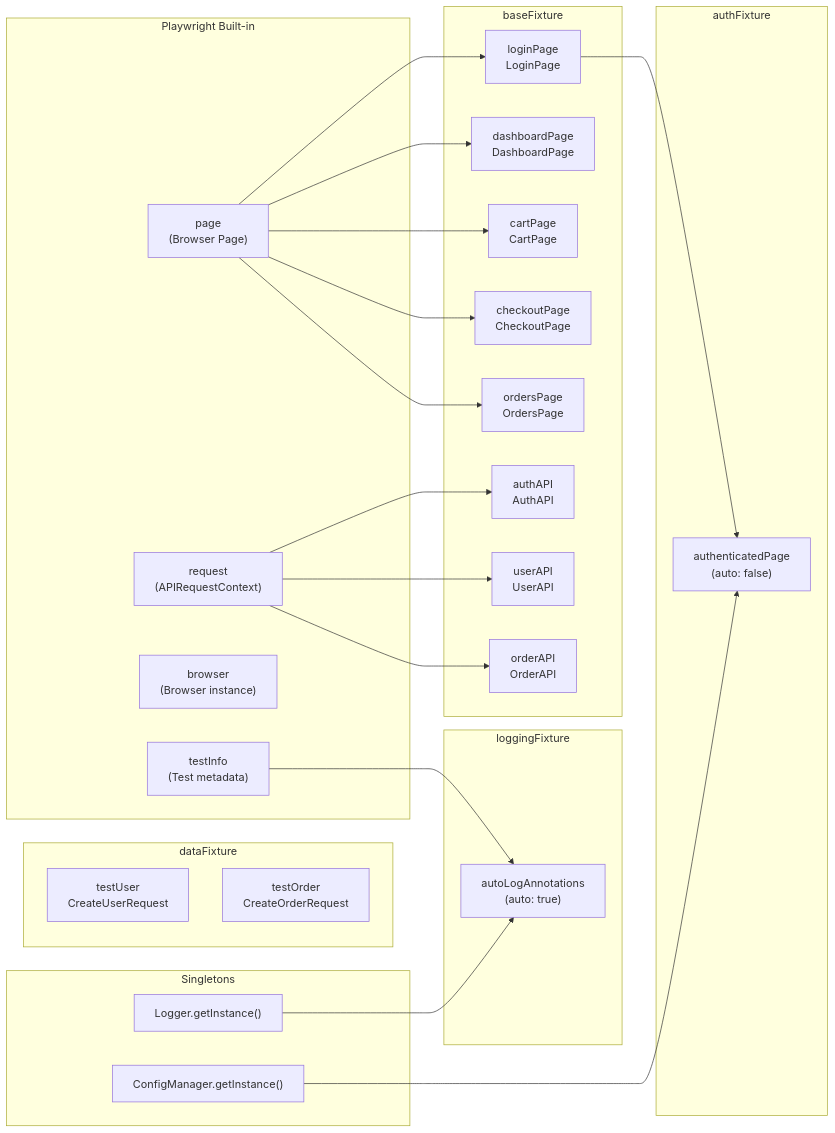
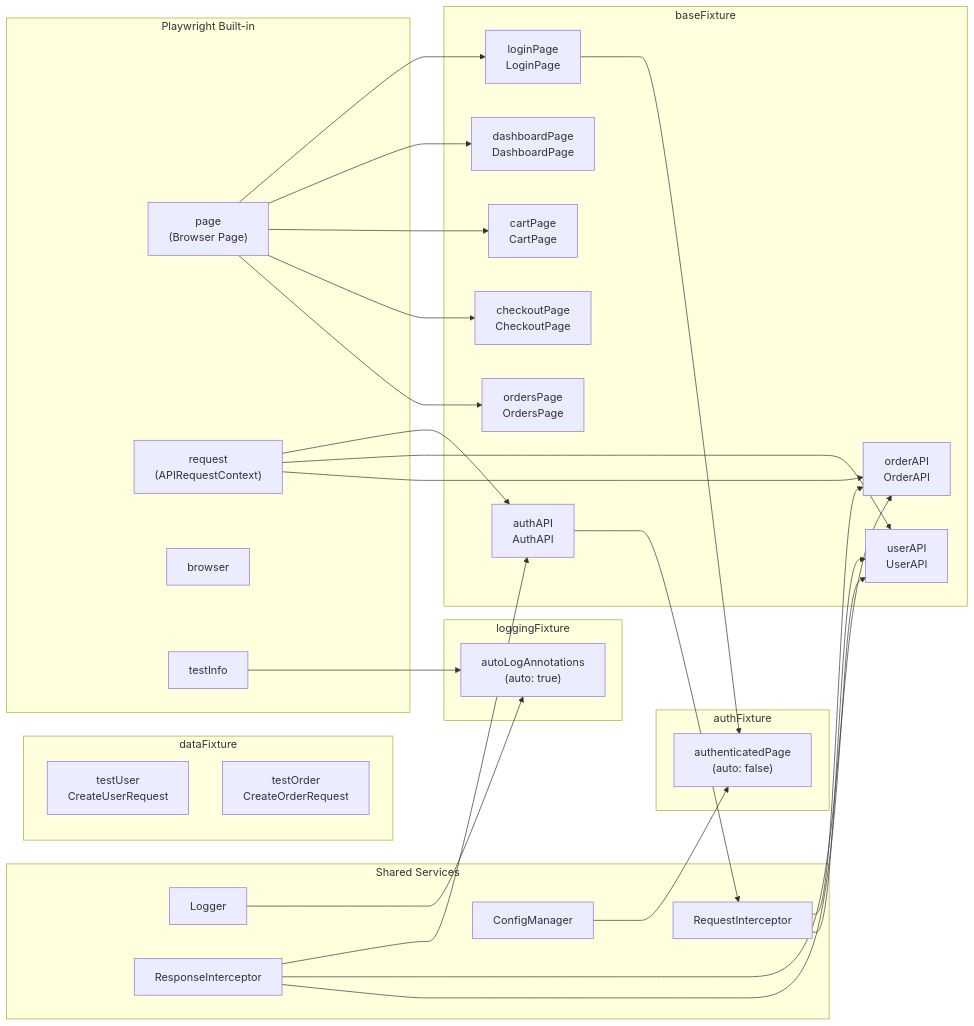
One commit to MahmoudSDET/Playwright-UI-API changed the sixth of 11 diagrams in playwright-framework/Framework-Architecture.md. Above: the diagram before and after it, drawn with Mermaid. The commit also changed other lines of this file and 9 other files, not shown here.

Commit message:
insert request Interceptor and response interceptor

````diff
--- a/playwright-framework/Framework-Architecture.md
+++ b/playwright-framework/Framework-Architecture.md
@@ -524,53 +423,62 @@
 ```mermaid
 flowchart LR
     subgraph Playwright["Playwright Built-in"]
         page["page\n(Browser Page)"]
         request["request\n(APIRequestContext)"]
-        browser["browser\n(Browser instance)"]
-        testInfo["testInfo\n(Test metadata)"]
+        browser["browser"]
+        testInfo["testInfo"]
     end
 
-    subgraph BaseFixture["baseFixture"]
+    subgraph Base["baseFixture"]
         loginPage["loginPage\nLoginPage"]
         dashboardPage["dashboardPage\nDashboardPage"]
         cartPage["cartPage\nCartPage"]
         checkoutPage["checkoutPage\nCheckoutPage"]
         ordersPage["ordersPage\nOrdersPage"]
         authAPI["authAPI\nAuthAPI"]
         userAPI["userAPI\nUserAPI"]
         orderAPI["orderAPI\nOrderAPI"]
     end
 
-    subgraph AuthFixture["authFixture"]
+    subgraph Auth["authFixture"]
         authenticatedPage["authenticatedPage\n(auto: false)"]
     end
 
-    subgraph DataFixture["dataFixture"]
+    subgraph Data["dataFixture"]
         testUser["testUser\nCreateUserRequest"]
         testOrder["testOrder\nCreateOrderRequest"]
     end
 
-    subgraph LoggingFixture["loggingFixture"]
+    subgraph Logging["loggingFixture"]
         autoLog["autoLogAnnotations\n(auto: true)"]
     end
 
-    subgraph Singletons["Singletons"]
-        logger["Logger.getInstance()"]
-        config["ConfigManager.getInstance()"]
+    subgraph Singletons["Shared Services"]
+        logger["Logger"]
+        config["ConfigManager"]
+        reqInterceptor["RequestInterceptor"]
+        resInterceptor["ResponseInterceptor"]
     end
 
     page --> loginPage
     page --> dashboardPage
     page --> cartPage
     page --> checkoutPage
     page --> ordersPage
     request --> authAPI
     request --> userAPI
     request --> orderAPI
 
     loginPage --> authenticatedPage
     config --> authenticatedPage
 
     testInfo --> autoLog
     logger --> autoLog
+
+    authAPI --> reqInterceptor
+    reqInterceptor --> orderAPI
+    reqInterceptor --> userAPI
+    resInterceptor --> authAPI
+    resInterceptor --> orderAPI
+    resInterceptor --> userAPI
 ```
````
